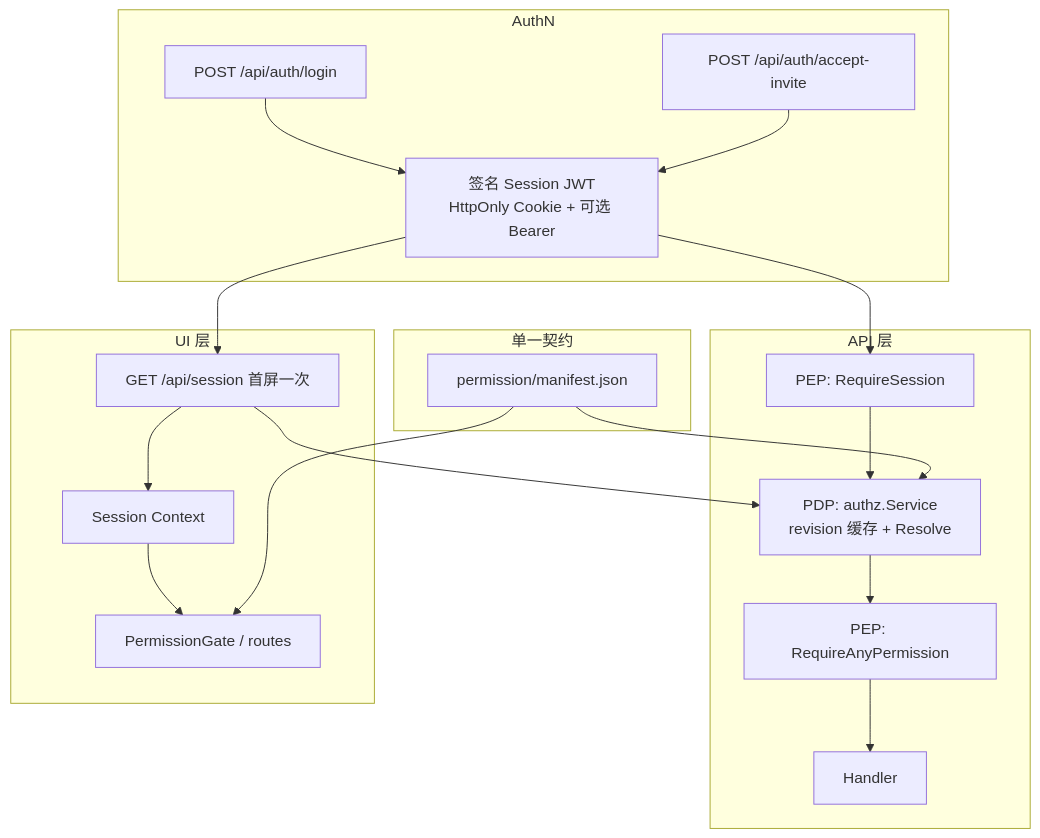
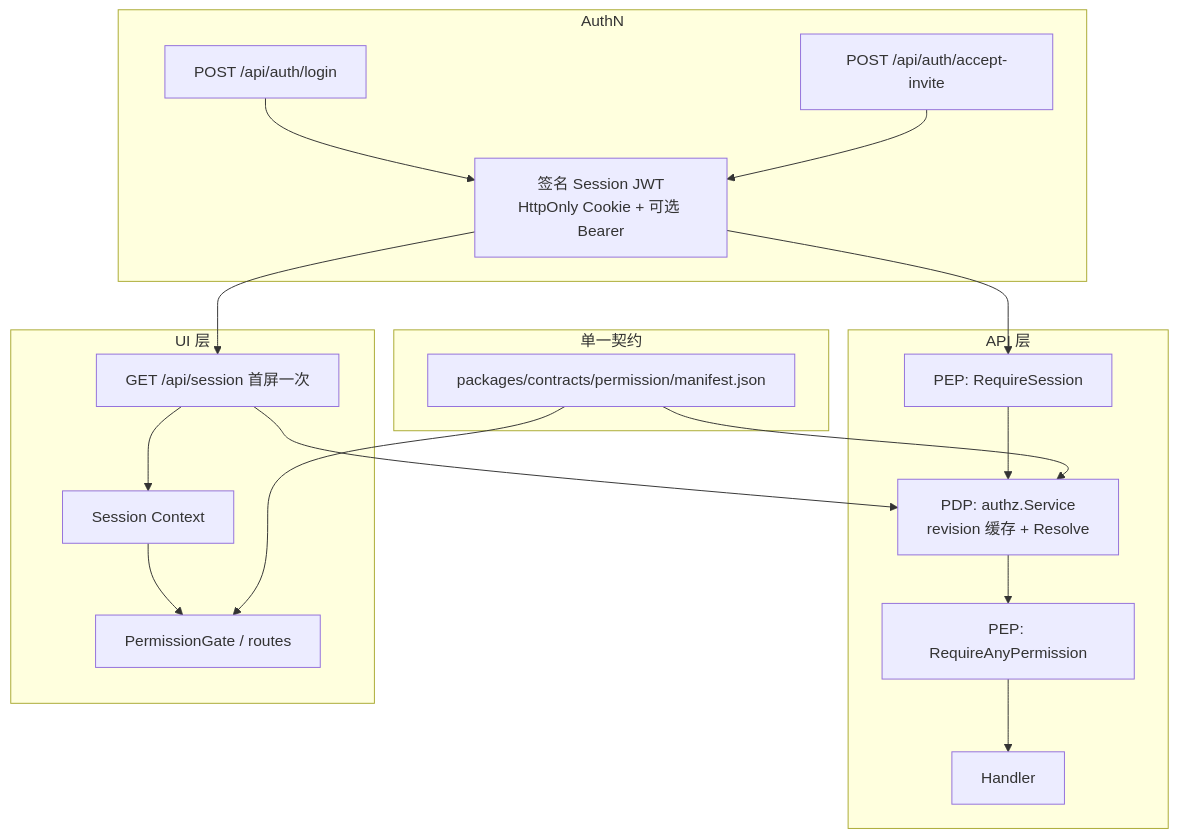
Before and after one commit to quyip8818/mytokenjoy: the diagram in docs/权限管理.md, drawn with Mermaid. The commit also changed other lines of this file and 16 other files, not shown here.

````diff
--- a/docs/权限管理.md
+++ b/docs/权限管理.md
@@ -14,38 +14,38 @@
 ```mermaid
 flowchart TB
   subgraph AuthN
     Login["POST /api/auth/login"]
     Invite["POST /api/auth/accept-invite"]
     Token["签名 Session JWT<br/>HttpOnly Cookie + 可选 Bearer"]
   end
 
   subgraph API["API 层"]
     PEP_S["PEP: RequireSession"]
     PDP["PDP: authz.Service<br/>revision 缓存 + Resolve"]
     PEP_A["PEP: RequireAnyPermission"]
     Handler["Handler"]
   end
 
   subgraph UI["UI 层"]
     Once["GET /api/session 首屏一次"]
     Ctx["Session Context"]
     Gate["PermissionGate / routes"]
   end
 
   subgraph Contract["单一契约"]
-    Manifest["permission/manifest.json"]
+    Manifest["packages/contracts/permission/manifest.json"]
   end
 
   Login --> Token
   Invite --> Token
   Token --> PEP_S
   PEP_S --> PDP
   PDP --> PEP_A
   PEP_A --> Handler
   Token --> Once
   Once --> PDP
   Once --> Ctx
   Ctx --> Gate
   Manifest --> PDP
   Manifest --> Gate
 ```
````
